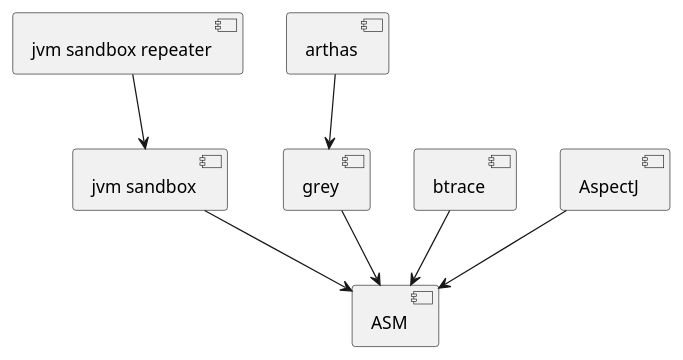
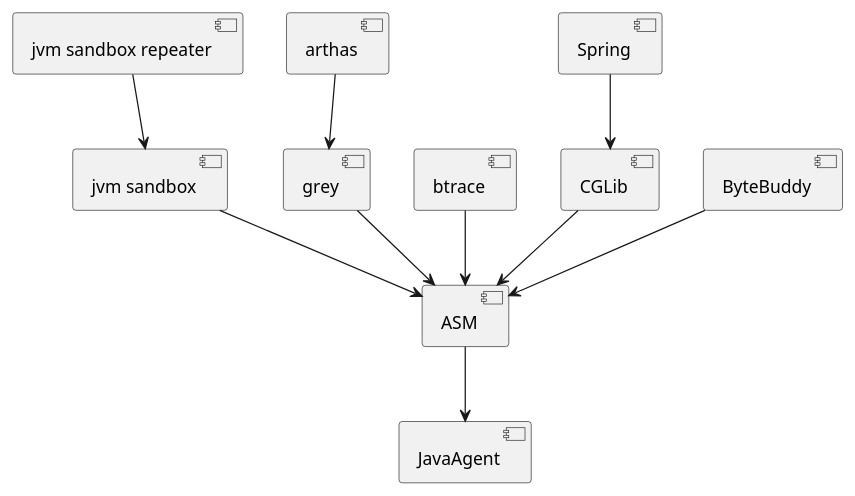
One commit to deipss/deipss.github.io changed the diagram in assets/uml/sandbox_component.puml. Above: the diagram before and after it, drawn with PlantUML. The commit also changed 4 other files, not shown here.

Commit message:
java agent

```diff
--- a/assets/uml/sandbox_component.puml
+++ b/assets/uml/sandbox_component.puml
@@ -1,16 +1,22 @@
 @startuml
 component ASM as asm
-[jvm sandbox] as jsandbox
+[jvm sandbox] as JavaSandbox
 [jvm sandbox repeater] as repeater
 component arthas
 component grey  as grey
 component btrace
-component AspectJ
+component CGLib
+component JavaAgent
+component Spring
+component ByteBuddy
 
-repeater --> jsandbox
+Spring --> CGLib
+repeater --> JavaSandbox
 arthas --> grey
 grey --> asm
-jsandbox --> asm
+JavaSandbox --> asm
 btrace --> asm
-AspectJ --> asm
+CGLib --> asm
+ByteBuddy --> asm
+asm --> JavaAgent
 @enduml
```
